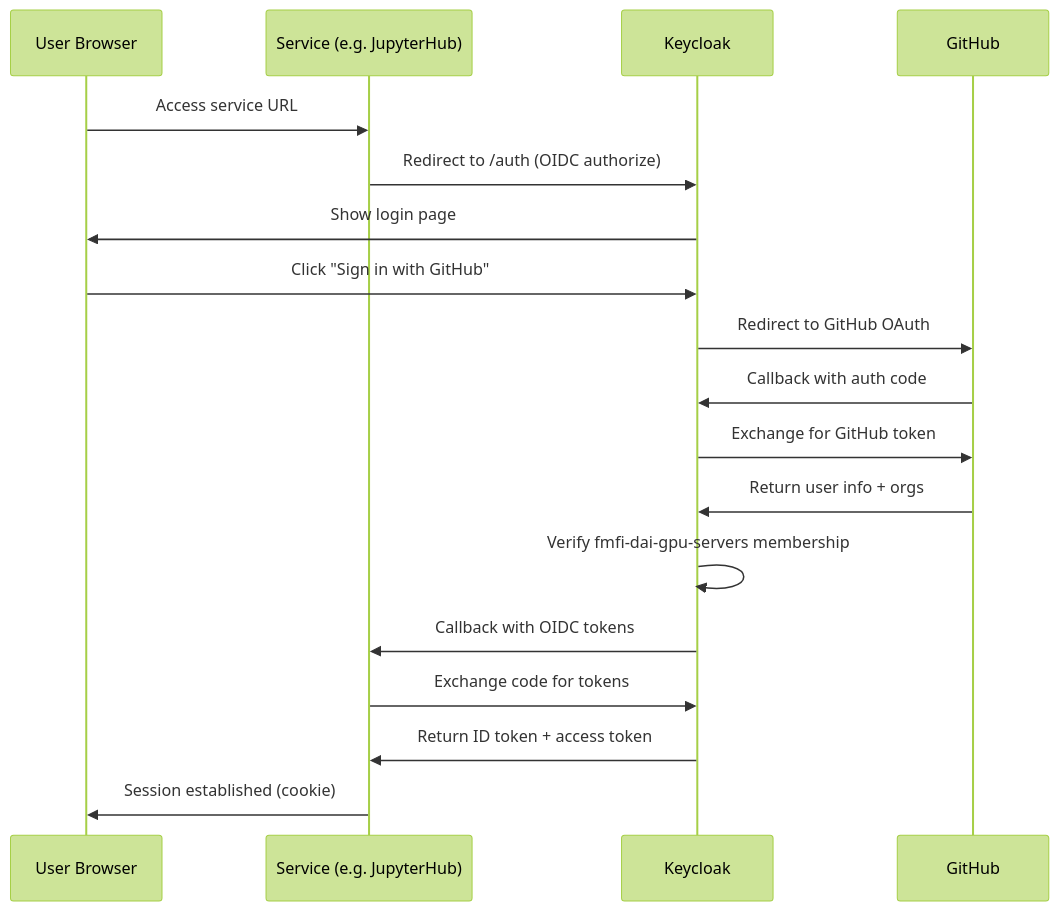
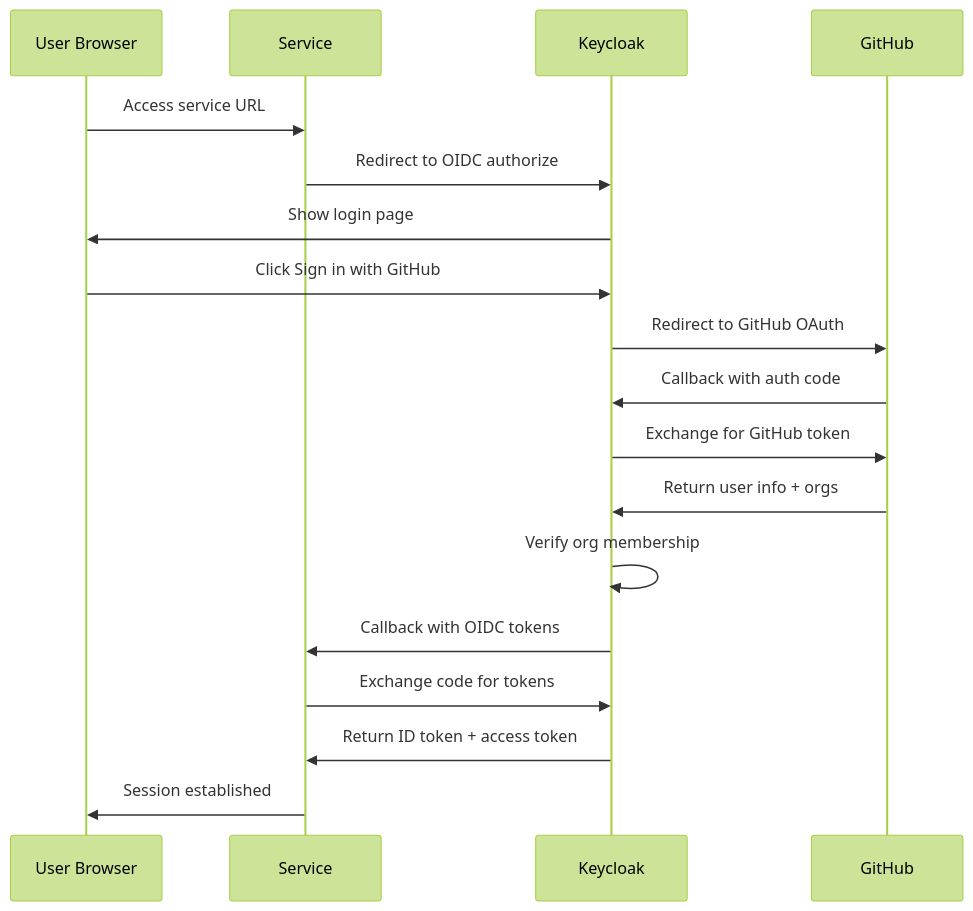
One commit to fmfi-dai-gpu-servers/compute-wiki changed the second of 3 diagrams in authentication-flow.md. Above: the diagram before and after it, drawn with Mermaid (forest theme). The commit also changed other lines of this file and 6 other files, not shown here.

Commit message:
change: replace architecture beta with flowcharts

````diff
--- a/authentication-flow.md
+++ b/authentication-flow.md
@@ -47,21 +50,21 @@
 ```mermaid
 sequenceDiagram
     participant U as User Browser
-    participant S as Service (e.g. JupyterHub)
+    participant S as Service
     participant K as Keycloak
     participant G as GitHub
 
     U->>S: Access service URL
-    S->>K: Redirect to /auth (OIDC authorize)
+    S->>K: Redirect to OIDC authorize
     K->>U: Show login page
-    U->>K: Click "Sign in with GitHub"
+    U->>K: Click Sign in with GitHub
     K->>G: Redirect to GitHub OAuth
     G->>K: Callback with auth code
     K->>G: Exchange for GitHub token
     G->>K: Return user info + orgs
-    K->>K: Verify fmfi-dai-gpu-servers membership
+    K->>K: Verify org membership
     K->>S: Callback with OIDC tokens
     S->>K: Exchange code for tokens
     K->>S: Return ID token + access token
-    S->>U: Session established (cookie)
+    S->>U: Session established
 ```
````
